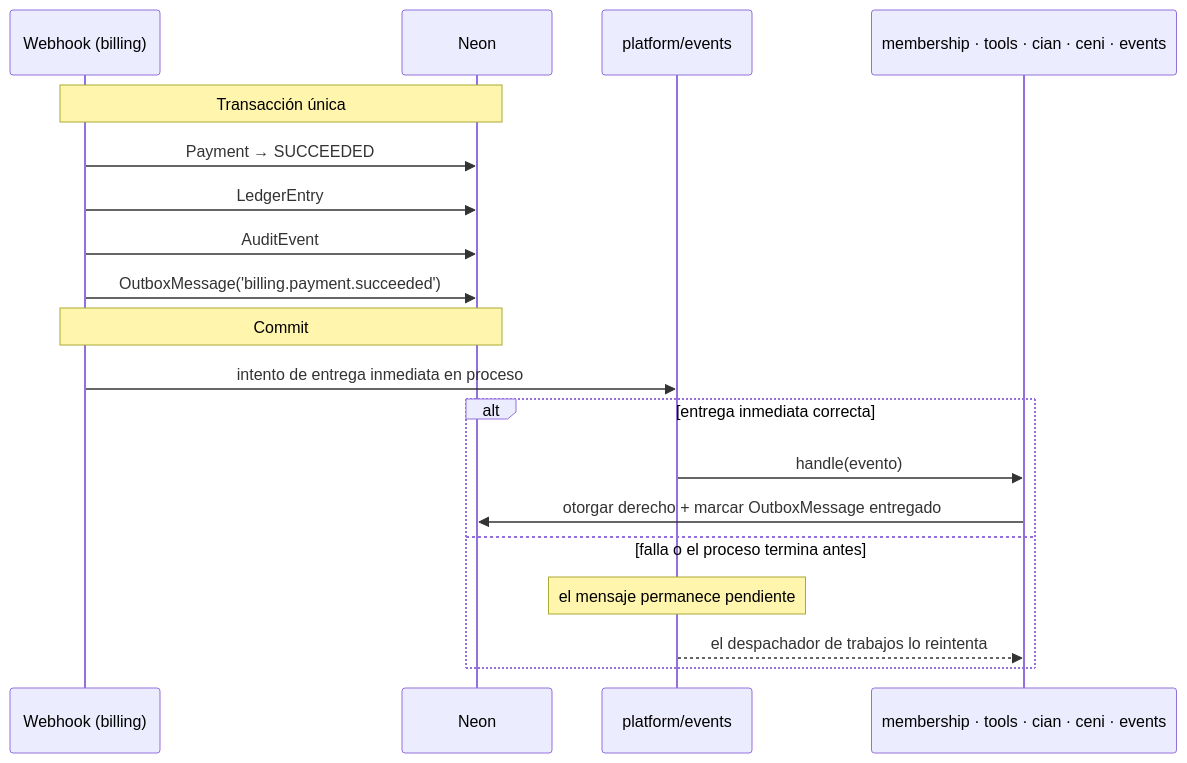
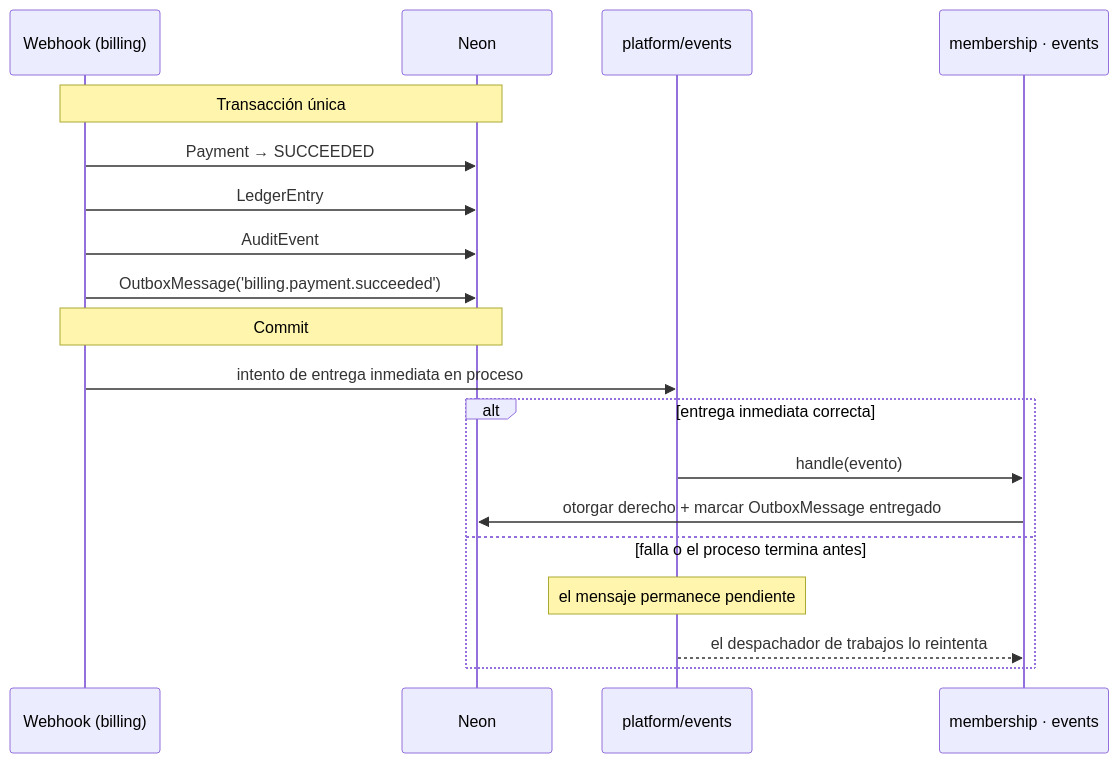
Before and after one commit to Alianza-Indigo/fuerza_indigo: the third of 7 diagrams in docs/ARCHITECTURE.md, drawn with Mermaid. The commit also changed other lines of this file and 63 other files, not shown here.

````diff
--- a/docs/ARCHITECTURE.md
+++ b/docs/ARCHITECTURE.md
@@ -237,23 +225,23 @@
 ```mermaid
 sequenceDiagram
     participant WH as Webhook (billing)
     participant DB as Neon
     participant BUS as platform/events
-    participant MOD as membership · tools · cian · ceni · events
+    participant MOD as membership · events
 
     Note over WH,DB: Transacción única
     WH->>DB: Payment → SUCCEEDED
     WH->>DB: LedgerEntry
     WH->>DB: AuditEvent
     WH->>DB: OutboxMessage('billing.payment.succeeded')
     Note over WH,DB: Commit
 
     WH->>BUS: intento de entrega inmediata en proceso
     alt entrega inmediata correcta
         BUS->>MOD: handle(evento)
         MOD->>DB: otorgar derecho + marcar OutboxMessage entregado
     else falla o el proceso termina antes
         Note over BUS: el mensaje permanece pendiente
         BUS-->>MOD: el despachador de trabajos lo reintenta
     end
 ```
````
